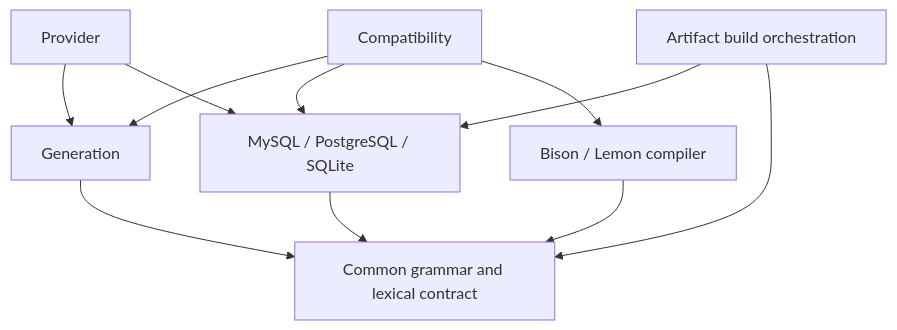
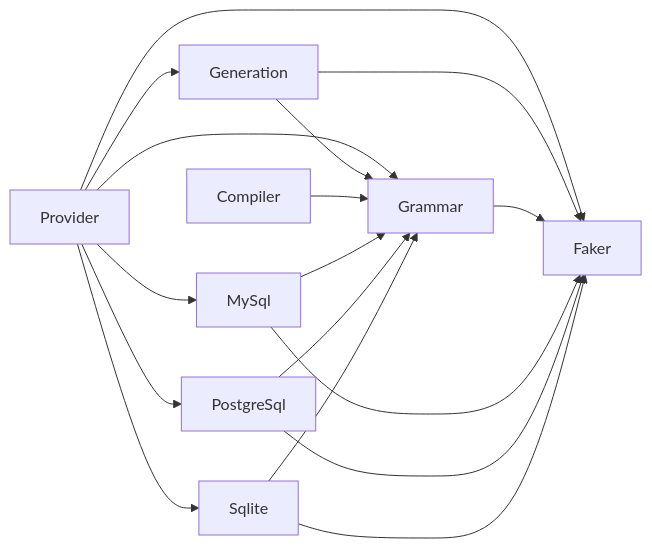
Before and after one commit to k-kinzal/ztd-query-php: the diagram in packages/sql-faker/docs/architecture.md, drawn with Mermaid. The commit also changed other lines of this file and 45 other files, not shown here.

Commit message:
refactor(sql-faker): remove redundant generator and build facades

````diff
--- a/packages/sql-faker/docs/architecture.md
+++ b/packages/sql-faker/docs/architecture.md
@@ -15,13 +15,10 @@
 ```mermaid
-flowchart TD
-    Provider --> Generation
-    Provider --> Dialect[MySQL / PostgreSQL / SQLite]
-    Generation --> Grammar[Common grammar and lexical contract]
-    Dialect --> Grammar
-    Compiler[Bison / Lemon compiler] --> Grammar
-    Tooling[Artifact build orchestration] --> Dialect
-    Tooling --> Grammar
-    Compatibility --> Generation
-    Compatibility --> Dialect
-    Compatibility --> Compiler
+flowchart LR
+    Provider --> Generation & Grammar & MySql & PostgreSql & Sqlite & Faker
+    Generation --> Grammar & Faker
+    Grammar --> Faker
+    Compiler --> Grammar
+    MySql --> Grammar & Faker
+    PostgreSql --> Grammar & Faker
+    Sqlite --> Grammar & Faker
 ```
````
